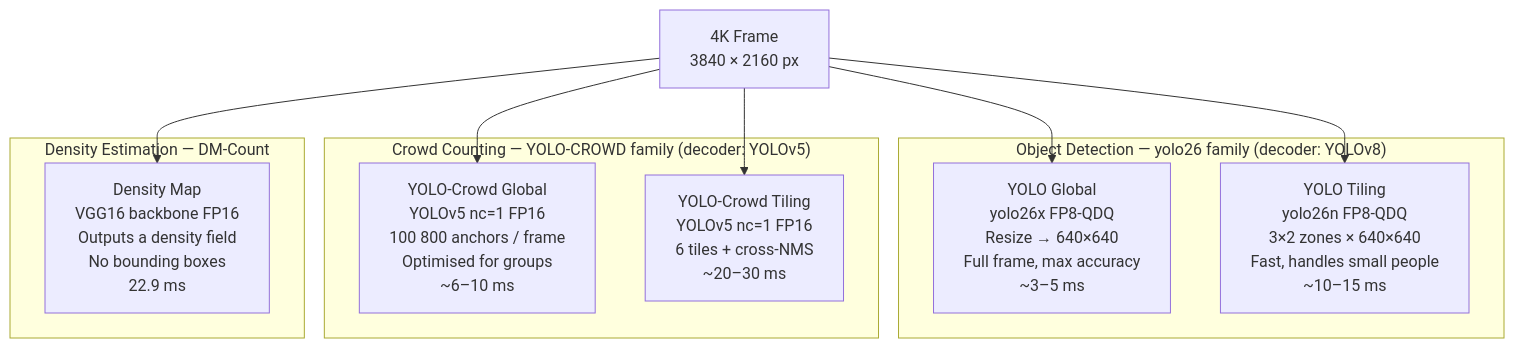
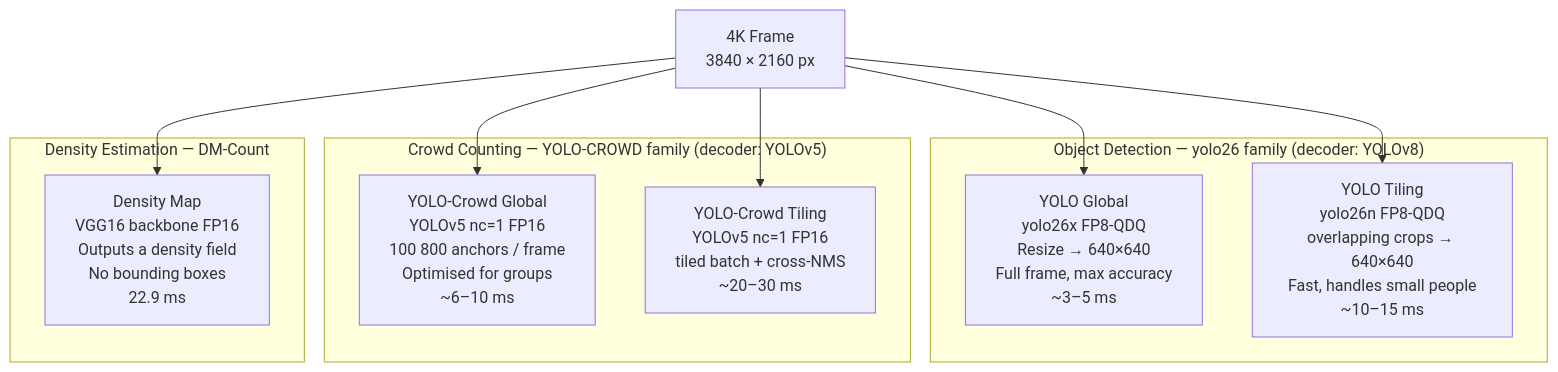
One commit to Nutz95/PeopleCounter changed the fourth of 6 diagrams in app_v2/docs/MAKER_FAIRE.md. Above: the diagram before and after it, drawn with Mermaid. The commit also changed other lines of this file and 7 other files, not shown here.

````diff
--- a/app_v2/docs/MAKER_FAIRE.md
+++ b/app_v2/docs/MAKER_FAIRE.md
@@ -130,24 +163,24 @@
 ```mermaid
 flowchart TB
     frame["4K Frame<br/>3840 × 2160 px"]
 
     subgraph det["Object Detection — yolo26 family (decoder: YOLOv8)"]
         global["YOLO Global<br/>yolo26x FP8-QDQ<br/>Resize → 640×640<br/>Full frame, max accuracy<br/>~3–5 ms"]
-        tiles["YOLO Tiling<br/>yolo26n FP8-QDQ<br/>3×2 zones × 640×640<br/>Fast, handles small people<br/>~10–15 ms"]
+        tiles["YOLO Tiling<br/>yolo26n FP8-QDQ<br/>overlapping crops → 640×640<br/>Fast, handles small people<br/>~10–15 ms"]
     end
 
     subgraph crowd["Crowd Counting — YOLO-CROWD family (decoder: YOLOv5)"]
         cg["YOLO-Crowd Global<br/>YOLOv5 nc=1 FP16<br/>100 800 anchors / frame<br/>Optimised for groups<br/>~6–10 ms"]
-        ct["YOLO-Crowd Tiling<br/>YOLOv5 nc=1 FP16<br/>6 tiles + cross-NMS<br/>~20–30 ms"]
+        ct["YOLO-Crowd Tiling<br/>YOLOv5 nc=1 FP16<br/>tiled batch + cross-NMS<br/>~20–30 ms"]
     end
 
     subgraph density_branch["Density Estimation — DM-Count"]
         dens["Density Map<br/>VGG16 backbone FP16<br/>Outputs a density field<br/>No bounding boxes<br/>22.9 ms"]
     end
 
     frame --> global
     frame --> tiles
     frame --> cg
     frame --> ct
     frame --> dens
 ```
````
